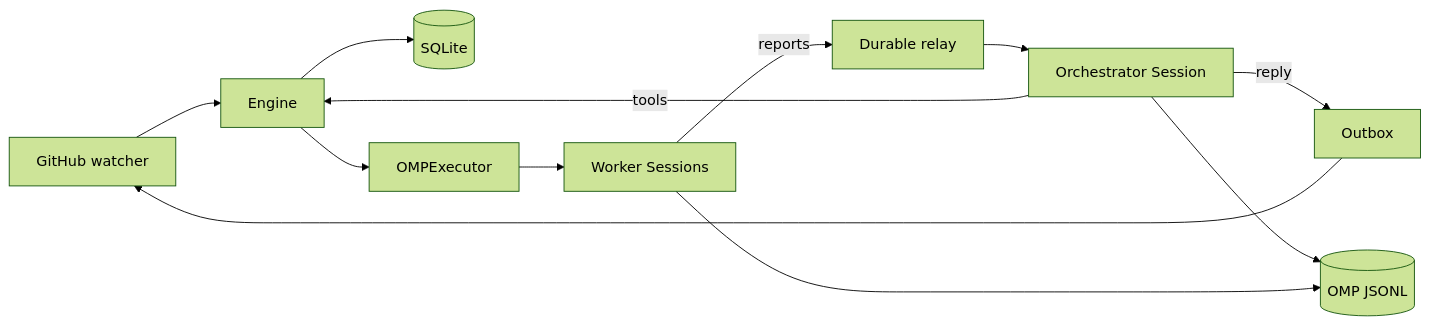
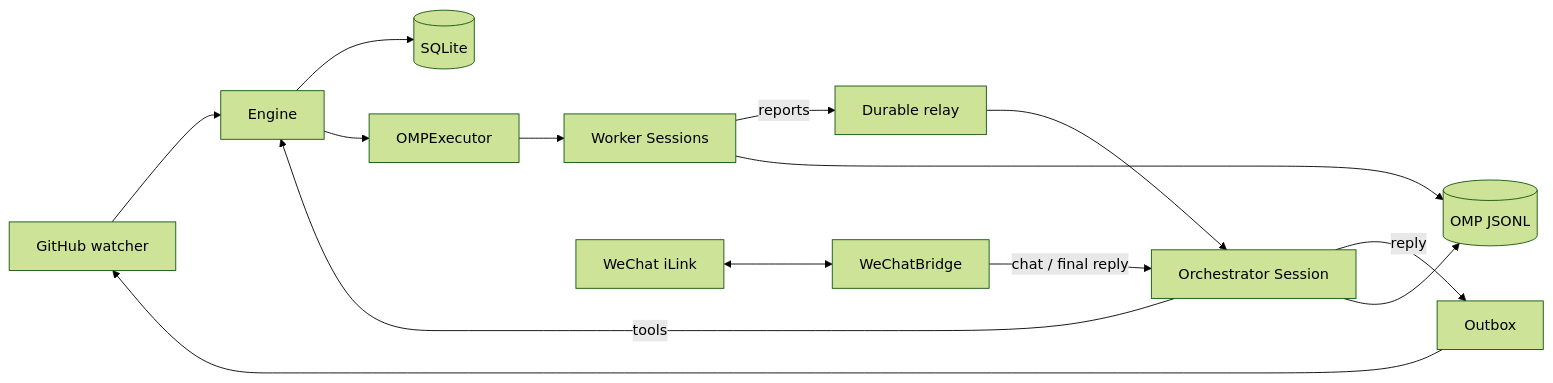
Before and after one commit to xbhuang1994/omp-superagent: the diagram in docs/007-architecture.md, drawn with Mermaid (forest theme). The commit also changed other lines of this file and 18 other files, not shown here.

````diff
--- a/docs/007-architecture.md
+++ b/docs/007-architecture.md
@@ -9,13 +9,15 @@
 ```mermaid
 flowchart LR
   gh[GitHub watcher] --> engine[Engine]
   main[Orchestrator Session] -->|tools| engine
   engine --> store[(SQLite)]
   engine --> launch[OMPExecutor]
   launch --> workers[Worker Sessions]
   workers -->|reports| relay[Durable relay]
   relay --> main
   main -->|reply| outbox[Outbox]
   outbox --> gh
   main & workers --> jsonl[(OMP JSONL)]
+  wx[WeChat iLink] <--> bridge[WeChatBridge]
+  bridge -->|chat / final reply| main
 ```
````
